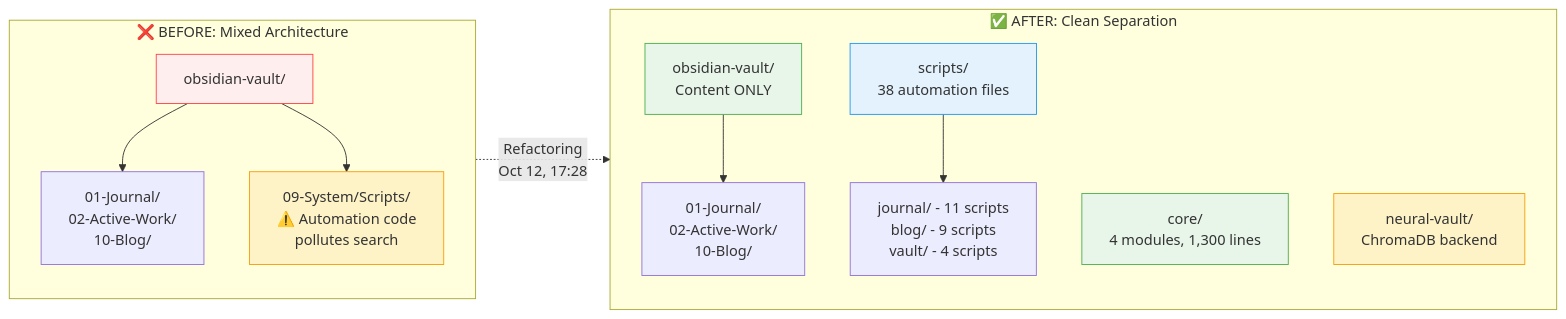
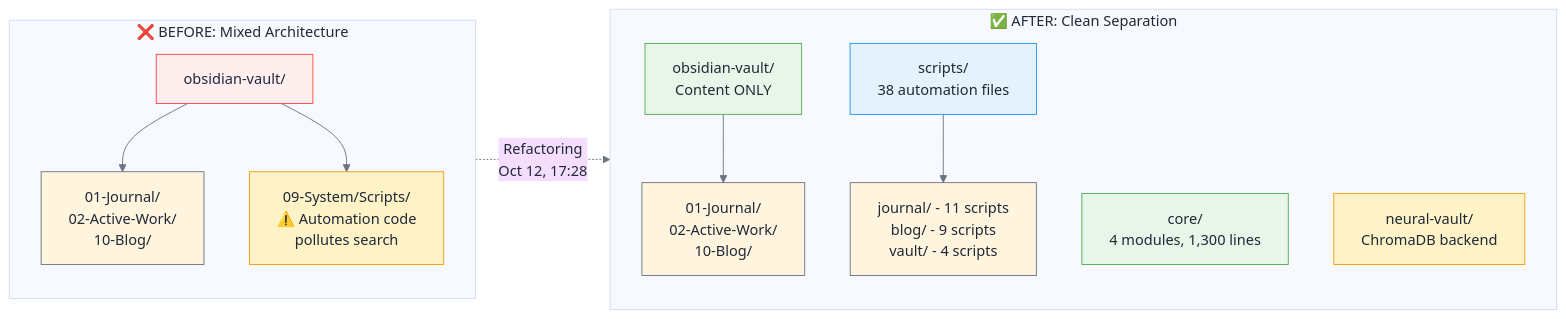
The fourth of 6 diagrams in src/data/blog/season-2-episode-4-three-systems-parallel-testing.md (rduffyuk/blog-astro), drawn with Mermaid before and after one commit. The commit also changed other lines of this file, not shown here.

Commit message:
Fix diagram text readability in dark mode
Diagrams 1, 3, and 4 had unreadable text in dark mode due to light
text colors on light backgrounds. Added explicit dark text colors to
ensure readability in both light and dark themes.

Changes to Episode 4 diagrams:
- Diagram 1 (ChromaDB reindex): Added primaryTextColor #1f2937
- Diagram 3 (Core module): Added primaryTextColor #1f2937
- Diagram 4 (Before/After vault): Added color:#1f2937 to all styled nodes

Theme configuration:
- Using 'base' theme with custom text color overrides
- Dark gray text (#1f2937) ensures readability on light backgrounds
- Works in both light and dark mode with good contrast
- Border and line colors set to neutral gray (#6b7280)

Diagrams 2, 5, 6 already had good contrast and were left unchanged.

🤖 Generated with [Claude Code](https://claude.com/claude-code)

````diff
--- a/src/data/blog/season-2-episode-4-three-systems-parallel-testing.md
+++ b/src/data/blog/season-2-episode-4-three-systems-parallel-testing.md
@@ -517,30 +519,31 @@
 ```mermaid
+%%{init: {'theme':'base', 'themeVariables': { 'primaryTextColor':'#1f2937','secondaryTextColor':'#1f2937','tertiaryTextColor':'#1f2937','primaryBorderColor':'#6b7280','lineColor':'#6b7280','fontFamily':'inherit'}}}%%
 graph LR
     subgraph Before["❌ BEFORE: Mixed Architecture"]
         direction TB
         V1[obsidian-vault/]
         V1 --> Content1[01-Journal/<br/>02-Active-Work/<br/>10-Blog/]
         V1 --> Code1[09-System/Scripts/<br/>⚠️ Automation code<br/>pollutes search]
 
-        style V1 fill:#fee,stroke:#f44
-        style Code1 fill:#fef3c7,stroke:#f59e0b
+        style V1 fill:#fee,stroke:#f44,color:#1f2937
+        style Code1 fill:#fef3c7,stroke:#f59e0b,color:#1f2937
     end
 
     subgraph After["✅ AFTER: Clean Separation"]
         direction TB
         V2[obsidian-vault/<br/>Content ONLY]
         Scripts[scripts/<br/>38 automation files]
         Core[core/<br/>4 modules, 1,300 lines]
         Neural[neural-vault/<br/>ChromaDB backend]
 
         V2 --> Content2[01-Journal/<br/>02-Active-Work/<br/>10-Blog/]
         Scripts --> Journal[journal/ - 11 scripts<br/>blog/ - 9 scripts<br/>vault/ - 4 scripts]
 
-        style V2 fill:#e8f5e9,stroke:#4caf50
-        style Scripts fill:#e3f2fd,stroke:#2196f3
-        style Core fill:#e8f5e9,stroke:#4caf50
-        style Neural fill:#fef3c7,stroke:#f59e0b
+        style V2 fill:#e8f5e9,stroke:#4caf50,color:#1f2937
+        style Scripts fill:#e3f2fd,stroke:#2196f3,color:#1f2937
+        style Core fill:#e8f5e9,stroke:#4caf50,color:#1f2937
+        style Neural fill:#fef3c7,stroke:#f59e0b,color:#1f2937
     end
 
     Before -.->|Refactoring<br/>Oct 12, 17:28| After
 ```
````
